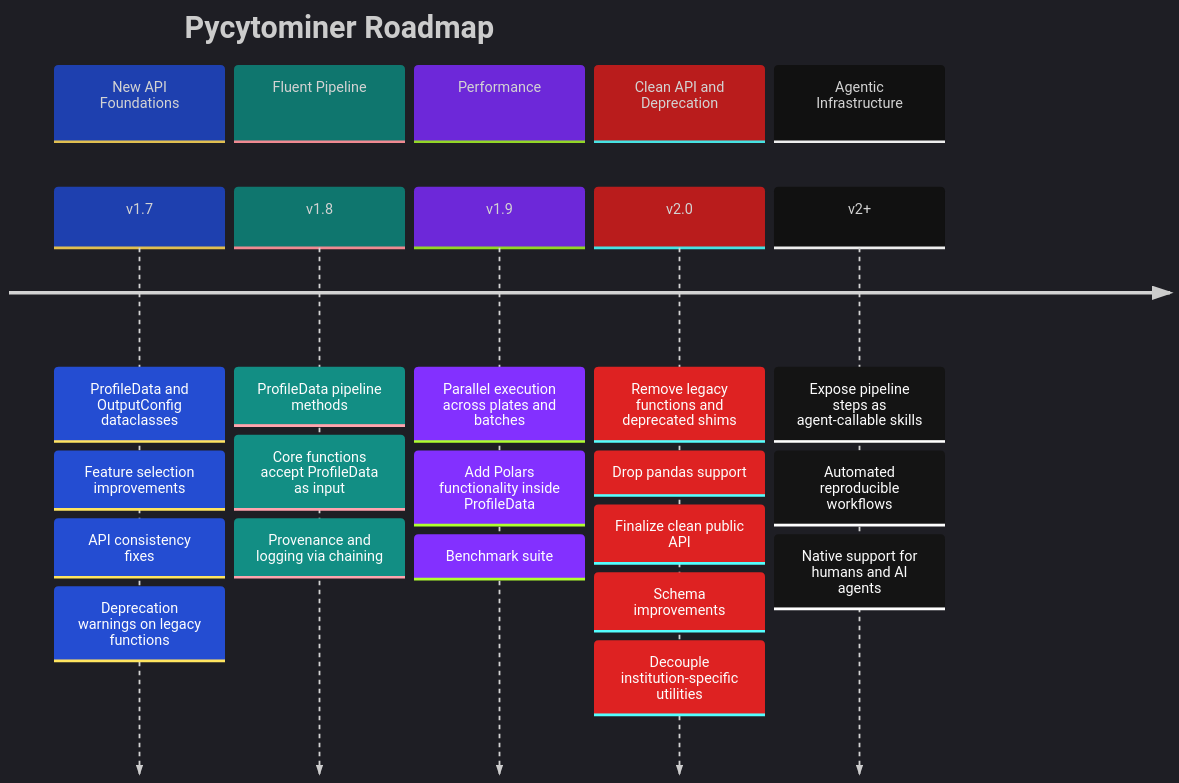
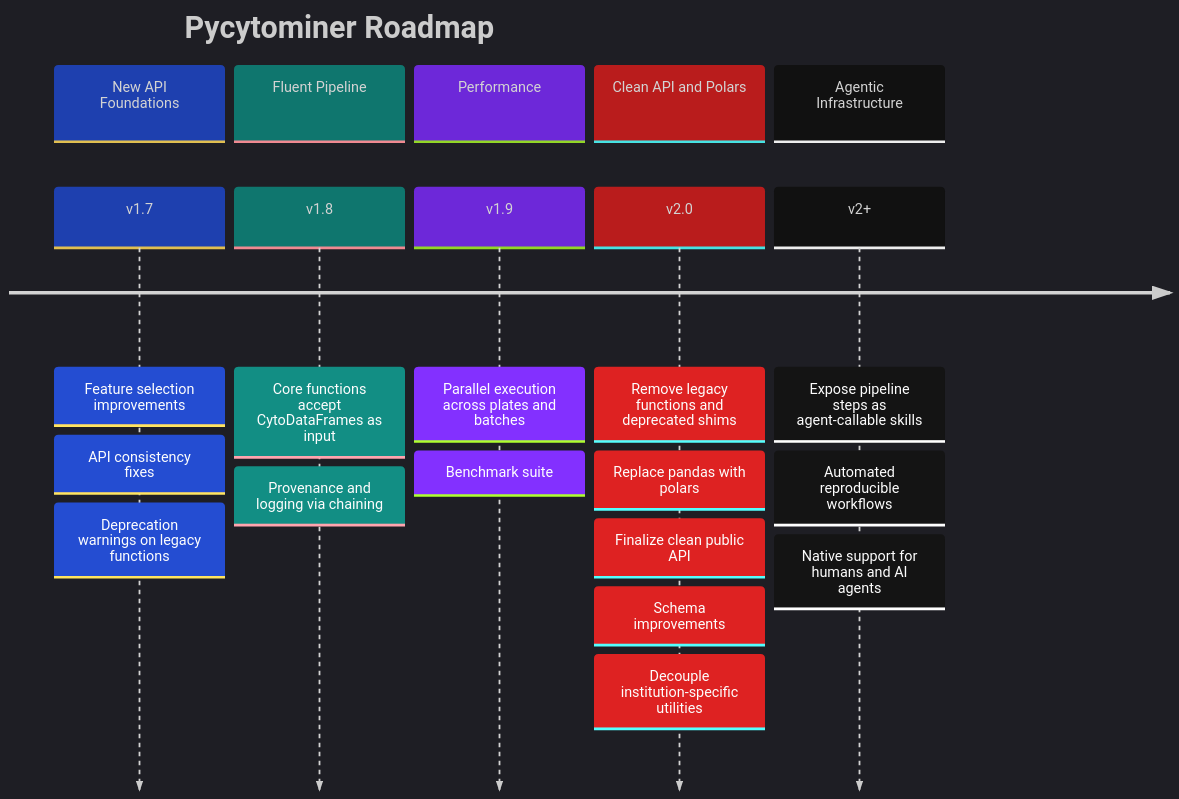
The diagram in ROADMAP.md (cytomining/pycytominer), drawn with Mermaid before and after one commit. The commit also changed other lines of this file, not shown here.

````diff
--- a/ROADMAP.md
+++ b/ROADMAP.md
@@ -6,28 +6,25 @@
 ```mermaid
 %%{init: {'theme': 'dark', 'themeVariables': {'cScale0': '#1e40af', 'cScale1': '#0f766e', 'cScale2': '#6d28d9', 'cScale3': '#b91c1c', 'cScale4': '#111111'}}}%%
 timeline
     title Pycytominer Roadmap
     section New API Foundations
-        v1.7 : ProfileData and OutputConfig dataclasses
-             : Feature selection improvements
+        v1.7 : Feature selection improvements
              : API consistency fixes
              : Deprecation warnings on legacy functions
     section Fluent Pipeline
-        v1.8 : ProfileData pipeline methods
-             : Core functions accept ProfileData as input
+        v1.8 : Core functions accept CytoDataFrames as input
              : Provenance and logging via chaining
     section Performance
         v1.9 : Parallel execution across plates and batches
-             : Add Polars functionality inside ProfileData
              : Benchmark suite
-    section Clean API and Deprecation
+    section Clean API and Polars
         v2.0 : Remove legacy functions and deprecated shims
-             : Drop pandas support
+             : Replace pandas with polars
              : Finalize clean public API
              : Schema improvements
              : Decouple institution-specific utilities
     section Agentic Infrastructure
         v2+ : Expose pipeline steps as agent-callable skills
             : Automated reproducible workflows
             : Native support for humans and AI agents
 ```
````
